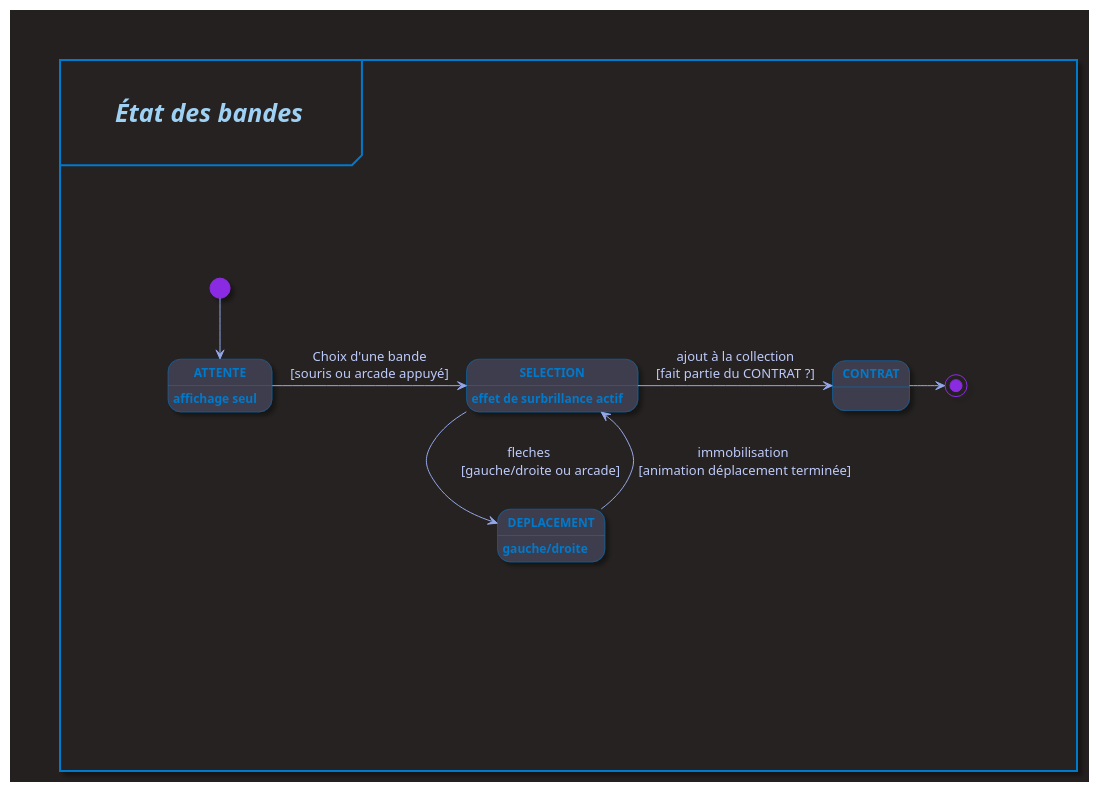
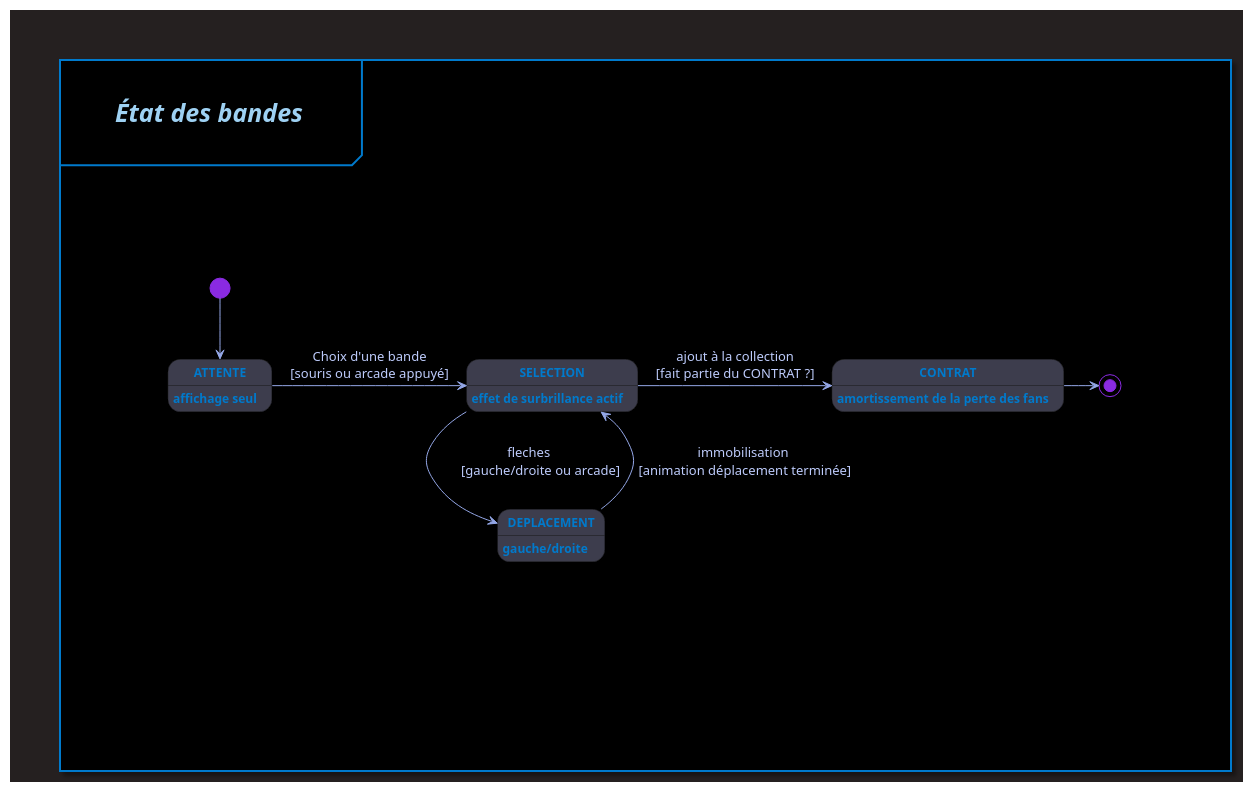
Before and after one commit to MaiveCL/Projet_session_JV: the diagram in docs/uml/puml/BandesStateDiagram.puml, drawn with PlantUML. The commit also changed 1 other file, not shown here.

Commit message:
test plant uml automatisation pour la 102e fois

```diff
--- a/docs/uml/puml/BandesStateDiagram.puml
+++ b/docs/uml/puml/BandesStateDiagram.puml
@@ -1,45 +1,47 @@
 @startuml "État des bandes"
 ' Définir le style global
 skinparam {
     backgroundColor #252020ff
     shadowing true
     FontName "Consolas"
     ArrowColor #94a7e7ff
     ArrowFontColor #bdcbfbff
     StartColor #007acc
     EndColor #bdcbfb
 }
 ' Style pour les states
-skinparam state {
+<style>
+state {
     BackgroundColor #3e3e4eff
     fontColor #007acc
     BorderColor #007acc
     FontName "Consolas"
     FontSize 12
     FontStyle bold
 }
-<style>
+
 mainframe {
   LineColor #007acc
   LineThickness 2.0
   FontColor #9ed1f3ff
   FontSize 25
   FontStyle italic
   Margin 50
   Padding 100
+  backgroundColor #000000ff
 }
 </style>
 mainframe \n\t**État des bandes**\t\n
 
     state ATTENTE : affichage seul
     state SELECTION : effet de surbrillance actif
     state DEPLACEMENT : gauche/droite
-    state CONTRAT
+    state CONTRAT : amortissement de la perte des fans
 
     [*] #BlueViolet --> ATTENTE
     ATTENTE -> SELECTION : Choix d'une bande\n[souris ou arcade appuyé]
     SELECTION -> DEPLACEMENT : fleches\n\t[gauche/droite ou arcade]\t
     DEPLACEMENT --> SELECTION :immobilisation\n [animation déplacement terminée]
     SELECTION -> CONTRAT :ajout à la collection\n[fait partie du CONTRAT ?]
     CONTRAT -> [*] #BlueViolet
 @enduml
```
